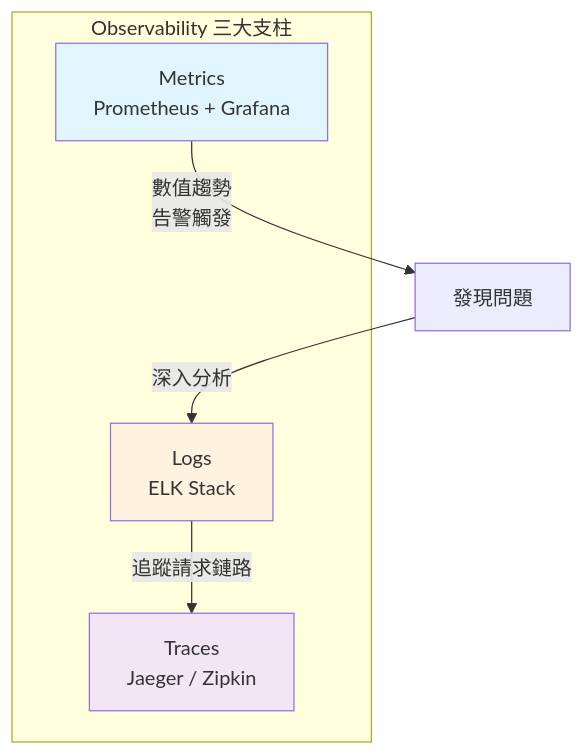
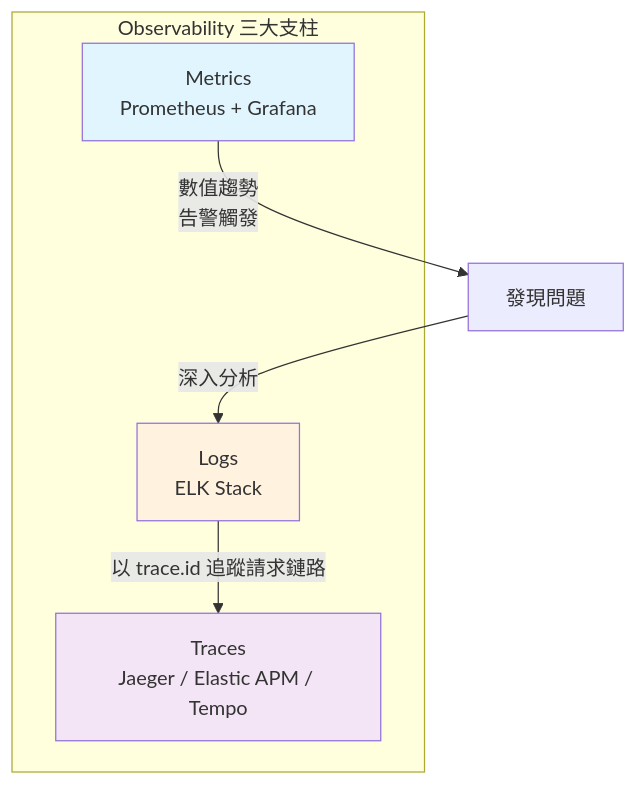
One commit to chihhung/Blog changed the first of 28 diagrams in content/posts/教學/工具/ELK-Stack教學手冊.md. Above: the diagram before and after it, drawn with Mermaid. The commit also changed other lines of this file and 8 other files, not shown here.

````diff
--- a/content/posts/教學/工具/ELK-Stack教學手冊.md
+++ b/content/posts/教學/工具/ELK-Stack教學手冊.md
@@ -122,16 +391,16 @@
 ```mermaid
 graph TB
     subgraph "Observability 三大支柱"
         M[Metrics<br/>Prometheus + Grafana]
         L[Logs<br/>ELK Stack]
-        T[Traces<br/>Jaeger / Zipkin]
+        T[Traces<br/>Jaeger / Elastic APM / Tempo]
     end
-    
+
     M -->|"數值趨勢<br/>告警觸發"| Alert[發現問題]
     Alert -->|"深入分析"| L
-    L -->|"追蹤請求鏈路"| T
-    
+    L -->|"以 trace.id 追蹤請求鏈路"| T
+
     style M fill:#e1f5fe
     style L fill:#fff3e0
     style T fill:#f3e5f5
 ```
````
